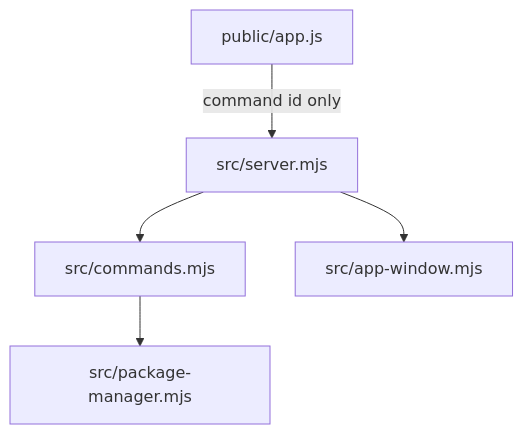
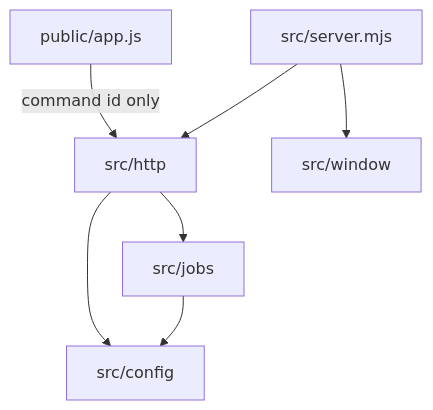
One commit to y-corps8/local-workspace-management changed the diagram in docs/developers-guide/README.md. Above: the diagram before and after it, drawn with Mermaid. The commit also changed other lines of this file and 152 other files, not shown here.

````diff
--- a/docs/developers-guide/README.md
+++ b/docs/developers-guide/README.md
@@ -16,12 +16,15 @@
 ```mermaid
 flowchart TB
   ui[public/app.js]
-  server[src/server.mjs]
-  cmd[src/commands.mjs]
-  pm[src/package-manager.mjs]
-  win[src/app-window.mjs]
-  ui -->|command id only| server
-  server --> cmd
-  server --> win
-  cmd --> pm
+  cli[src/server.mjs]
+  http[src/http]
+  jobs[src/jobs]
+  config[src/config]
+  window[src/window]
+  ui -->|"command id only"| http
+  cli --> http
+  cli --> window
+  http --> jobs
+  http --> config
+  jobs --> config
 ```
````
